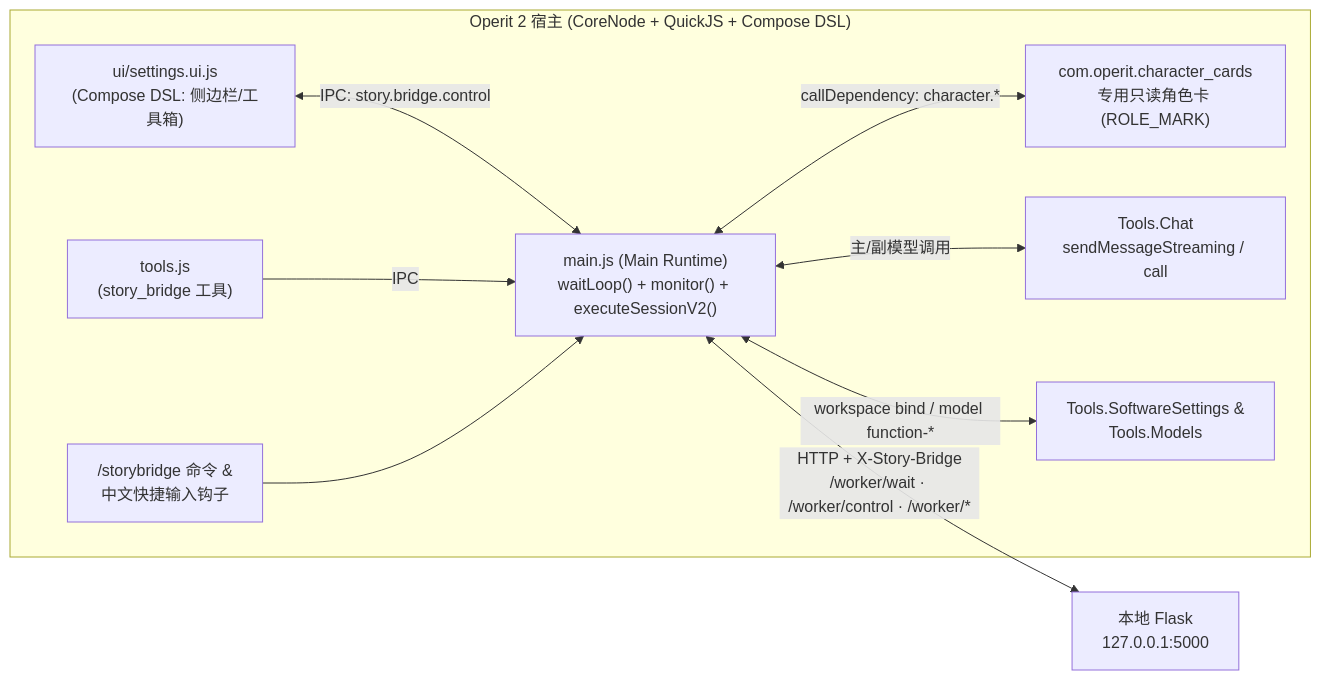
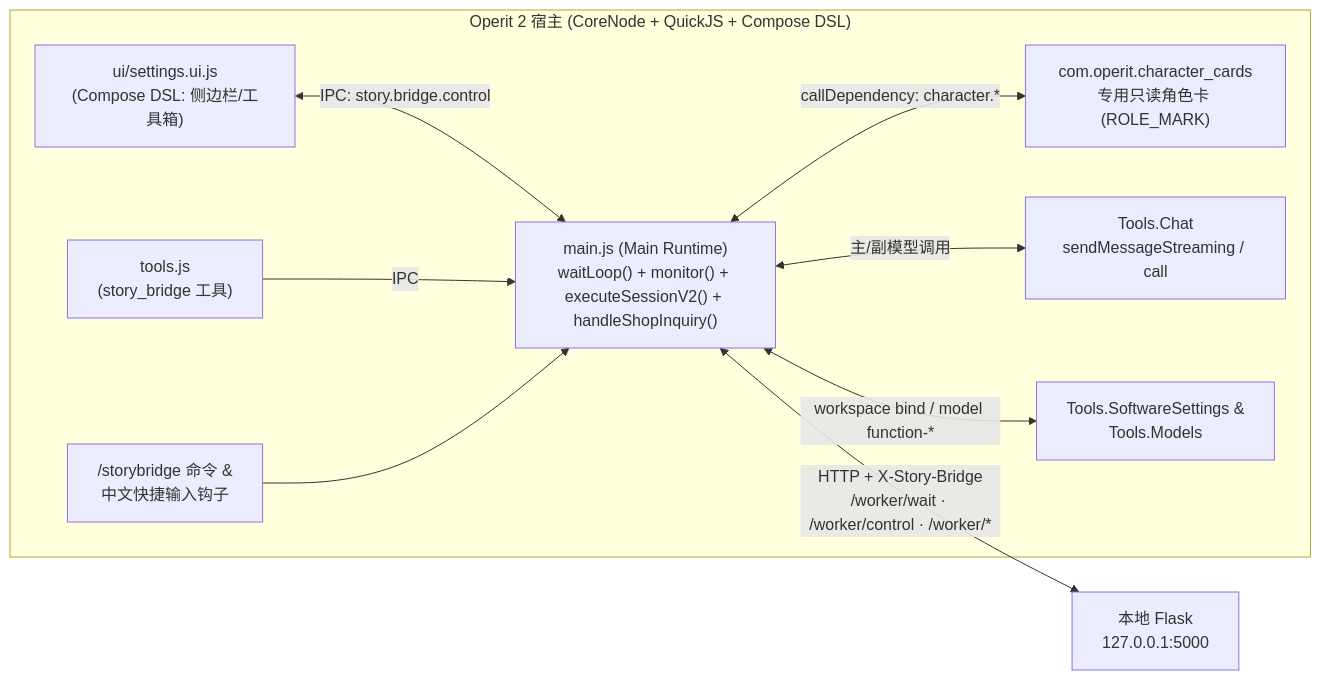
The diagram in 开发者说明/06_Operit2桥接插件架构.md (yimisunan/huan-yi), drawn with Mermaid before and after one commit. The commit also changed other lines of this file and 85 other files, not shown here.

````diff
--- a/开发者说明/06_Operit2桥接插件架构.md
+++ b/开发者说明/06_Operit2桥接插件架构.md
@@ -90,22 +90,22 @@
 ```mermaid
 flowchart LR
     subgraph OperitApp["Operit 2 宿主 (CoreNode + QuickJS + Compose DSL)"]
         UI["ui/settings.ui.js\n(Compose DSL: 侧边栏/工具箱)"]
         TOOLS["tools.js\n(story_bridge 工具)"]
         CMD["/storybridge 命令 &\n中文快捷输入钩子"]
-        MAIN["main.js (Main Runtime)\nwaitLoop() + monitor() + executeSessionV2()"]
+        MAIN["main.js (Main Runtime)\nwaitLoop() + monitor() + executeSessionV2() + handleShopInquiry()"]
         CARDS["com.operit.character_cards\n专用只读角色卡 (ROLE_MARK)"]
         CHAT["Tools.Chat\nsendMessageStreaming / call"]
         SETTINGS["Tools.SoftwareSettings &\nTools.Models"]
     end
 
     FLASK["本地 Flask\n127.0.0.1:5000"]
 
     UI <-->|"IPC: story.bridge.control"| MAIN
     TOOLS -->|"IPC"| MAIN
     CMD --> MAIN
     MAIN <-->|"callDependency: character.*"| CARDS
     MAIN <-->|"主/副模型调用"| CHAT
     MAIN <-->|"workspace bind / model function-*"| SETTINGS
     MAIN <-->|"HTTP + X-Story-Bridge\n/worker/wait · /worker/control · /worker/*"| FLASK
 ```
````
